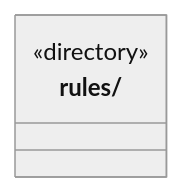
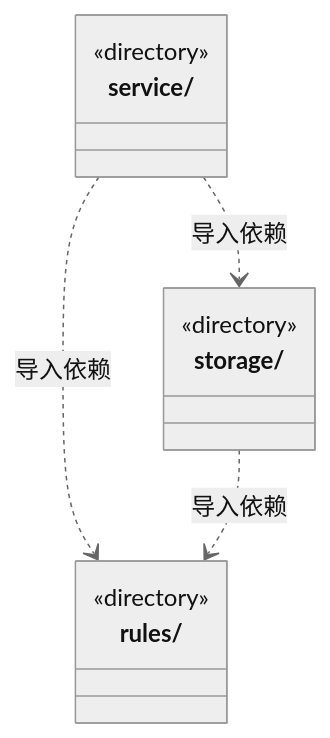
Before and after one commit to nan023062/cbim: the diagram in src/logic/knowledge/ARCHITECTURE.md, drawn with Mermaid (neutral theme). The commit also changed other lines of this file and 657 other files, not shown here.

````diff
--- a/src/logic/knowledge/ARCHITECTURE.md
+++ b/src/logic/knowledge/ARCHITECTURE.md
@@ -15,6 +15,15 @@
 ```mermaid
 classDiagram
 class N_src_logic_knowledge_rules["rules/"] {
   <<directory>>
 }
+class N_src_logic_knowledge_service["service/"] {
+  <<directory>>
+}
+class N_src_logic_knowledge_storage["storage/"] {
+  <<directory>>
+}
+N_src_logic_knowledge_service ..> N_src_logic_knowledge_rules : 导入依赖
+N_src_logic_knowledge_service ..> N_src_logic_knowledge_storage : 导入依赖
+N_src_logic_knowledge_storage ..> N_src_logic_knowledge_rules : 导入依赖
 ```
````
